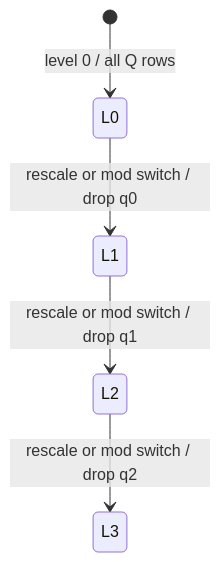
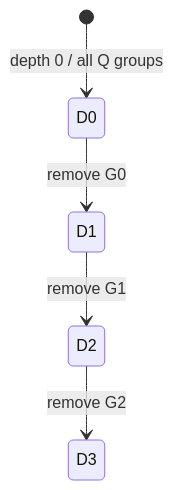
The diagram in docs/concepts/ckks/context-and-modulus-chain.md (visualDust/fhelium), drawn with Mermaid before and after one commit. The commit also changed other lines of this file and 369 other files, not shown here.

````diff
--- a/docs/concepts/ckks/context-and-modulus-chain.md
+++ b/docs/concepts/ckks/context-and-modulus-chain.md
@@ -128,7 +80,7 @@
 ```mermaid
 stateDiagram-v2
-    [*] --> L0: level 0 / all Q rows
-    L0 --> L1: rescale or mod switch / drop q0
-    L1 --> L2: rescale or mod switch / drop q1
-    L2 --> L3: rescale or mod switch / drop q2
+    [*] --> D0: depth 0 / all Q groups
+    D0 --> D1: remove G0
+    D1 --> D2: remove G1
+    D2 --> D3: remove G2
 ```
````
